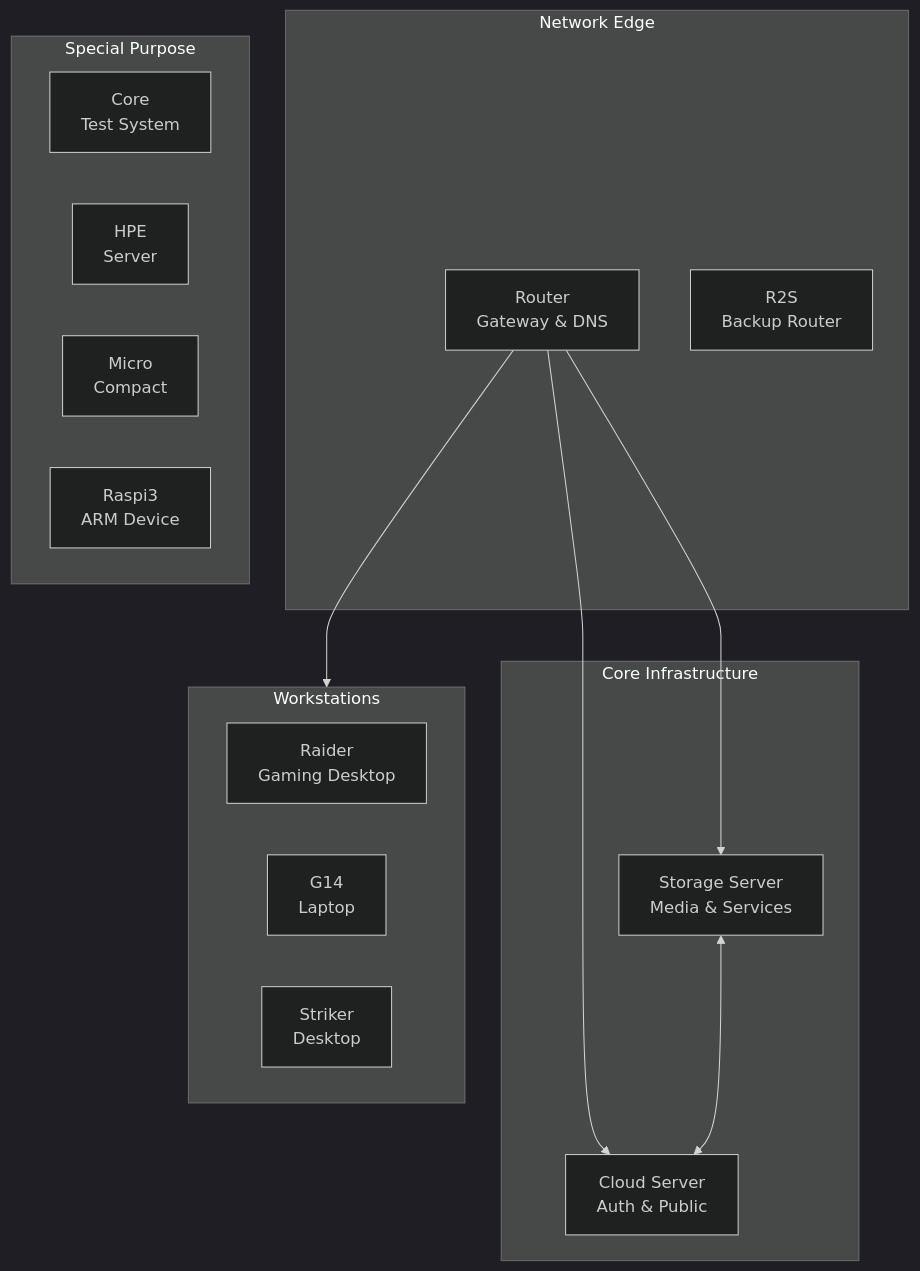
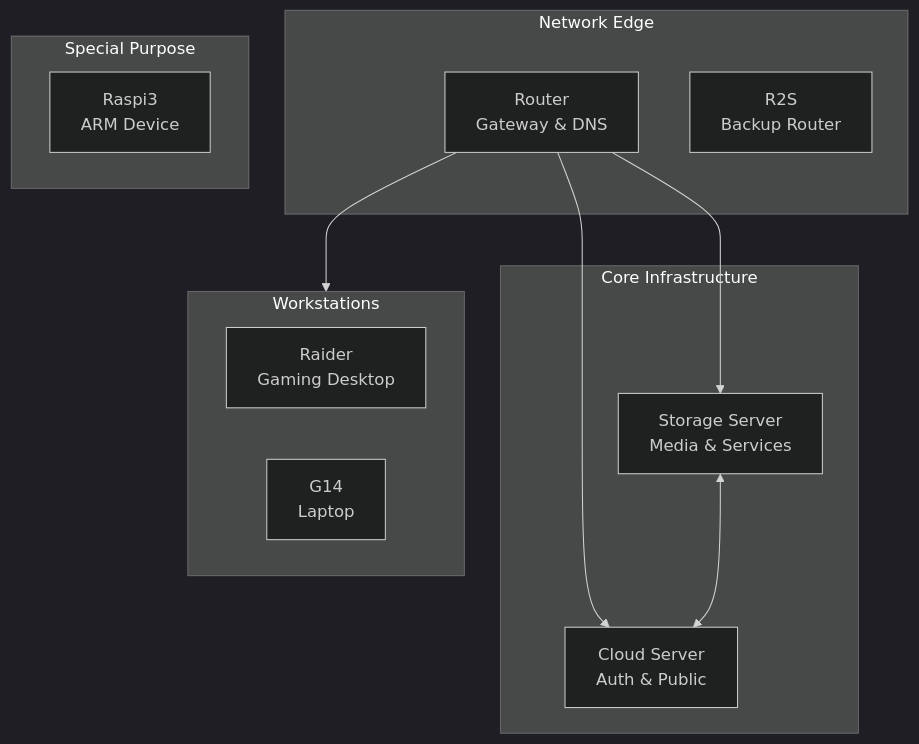
One commit to arsfeld/nixos changed the diagram in docs/hosts/overview.md. Above: the diagram before and after it, drawn with Mermaid (dark theme). The commit also changed other lines of this file and 19 other files, not shown here.

First line of the commit message:
chore: remove decommissioned hosts (cloud-br, core, hpe, micro, striker)

````diff
--- a/docs/hosts/overview.md
+++ b/docs/hosts/overview.md
@@ -7,30 +7,26 @@
 ```mermaid
 graph TB
     subgraph "Core Infrastructure"
         Storage[Storage Server<br/>Media & Services]
         Cloud[Cloud Server<br/>Auth & Public]
     end
     
     subgraph "Network Edge"
         Router[Router<br/>Gateway & DNS]
         R2S[R2S<br/>Backup Router]
     end
     
     subgraph "Workstations"
         Raider[Raider<br/>Gaming Desktop]
         G14[G14<br/>Laptop]
-        Striker[Striker<br/>Desktop]
     end
     
     subgraph "Special Purpose"
-        Core[Core<br/>Test System]
-        HPE[HPE<br/>Server]
-        Micro[Micro<br/>Compact]
         Raspi3[Raspi3<br/>ARM Device]
     end
     
     Router --> Storage
     Router --> Cloud
     Router --> Workstations
     Storage <--> Cloud
 ```
````
